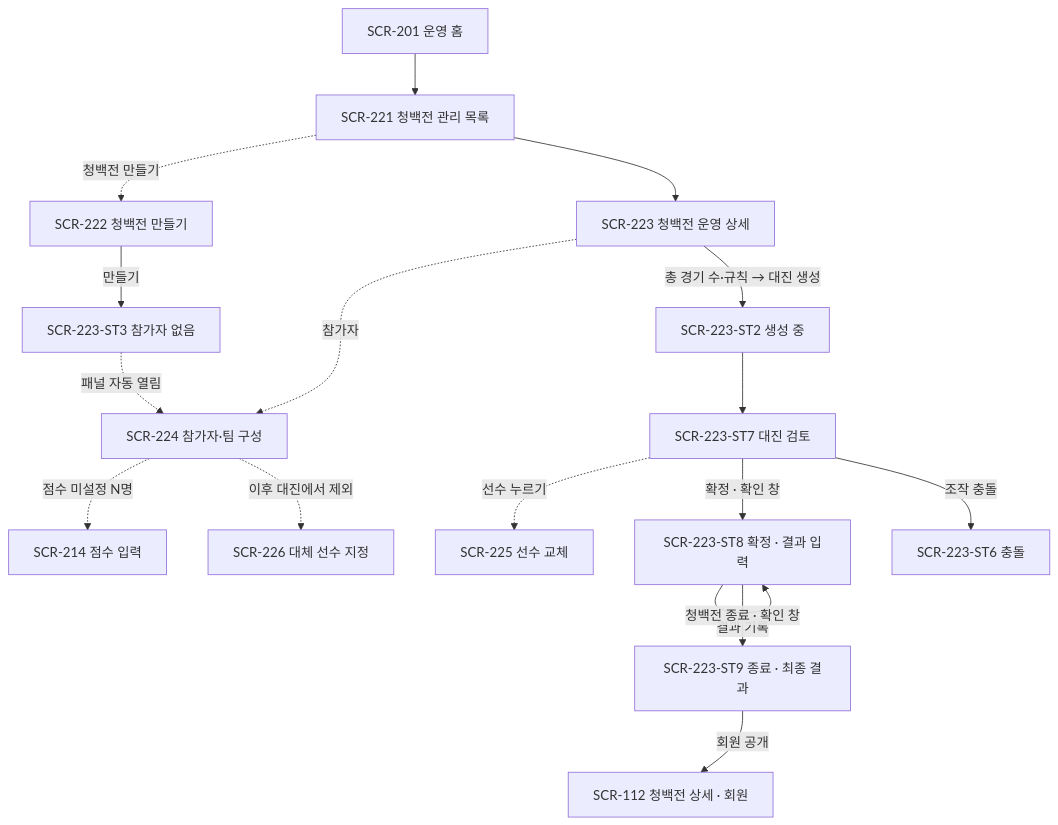
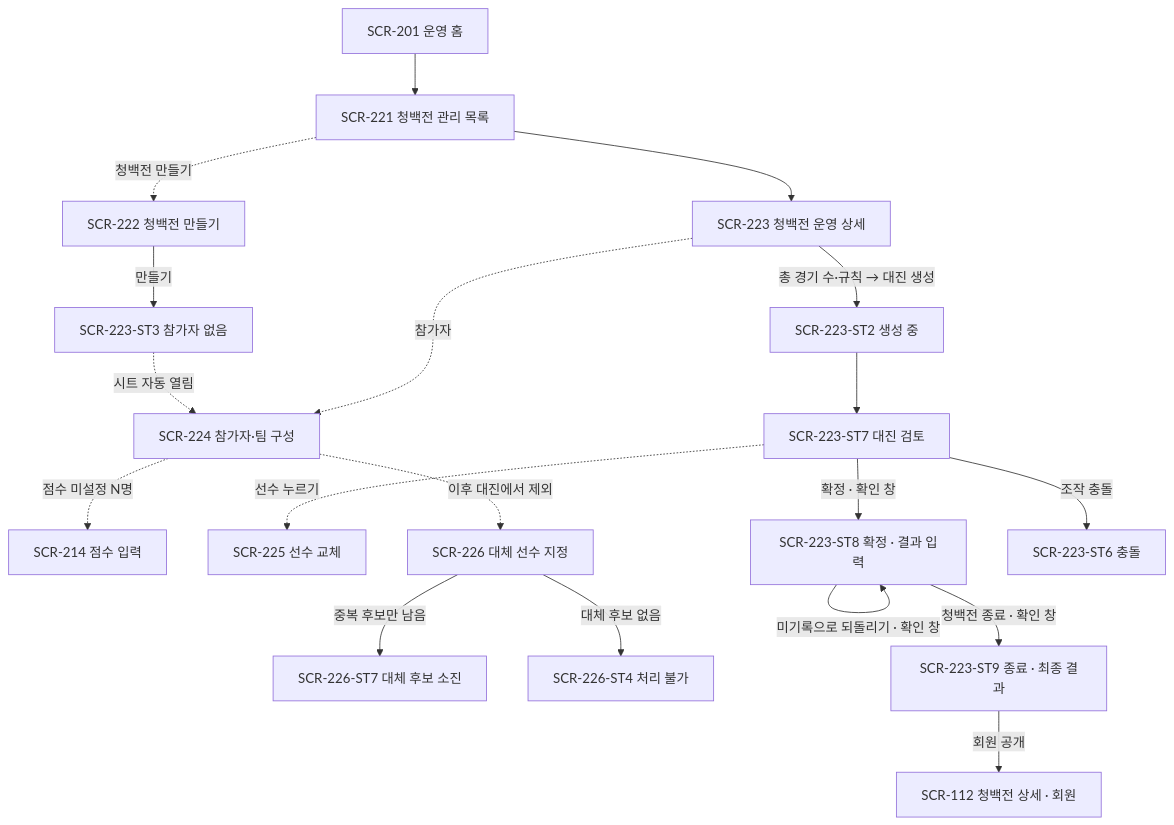
One commit to hoik-ryu/badminton-playbook changed the fifth of 8 diagrams in docs/design/03-screen-flows.md. Above: the diagram before and after it, drawn with Mermaid. The commit also changed other lines of this file and 68 other files, not shown here.

````diff
--- a/docs/design/03-screen-flows.md
+++ b/docs/design/03-screen-flows.md
@@ -153,19 +155,22 @@
 ```mermaid
 flowchart TD
   SCR201[SCR-201 운영 홈] --> SCR221[SCR-221 청백전 관리 목록]
   SCR221 -.->|청백전 만들기| SCR222[SCR-222 청백전 만들기]
   SCR222 -->|만들기| SCR223E[SCR-223-ST3 참가자 없음]
   SCR221 --> SCR223[SCR-223 청백전 운영 상세]
-  SCR223E -.->|패널 자동 열림| SCR224[SCR-224 참가자·팀 구성]
+  SCR223E -.->|시트 자동 열림| SCR224[SCR-224 참가자·팀 구성]
   SCR223 -.->|참가자| SCR224
   SCR224 -.->|점수 미설정 N명| SCR214[SCR-214 점수 입력]
   SCR223 -->|총 경기 수·규칙 → 대진 생성| SCR223L[SCR-223-ST2 생성 중]
   SCR223L --> SCR223R[SCR-223-ST7 대진 검토]
   SCR223R -.->|선수 누르기| SCR225[SCR-225 선수 교체]
   SCR223R -->|확정 · 확인 창| SCR223P[SCR-223-ST8 확정 · 결과 입력]
   SCR223P -->|결과 기록| SCR223P
+  SCR223P -->|미기록으로 되돌리기 · 확인 창| SCR223P
   SCR224 -.->|이후 대진에서 제외| SCR226[SCR-226 대체 선수 지정]
+  SCR226 -->|중복 후보만 남음| SCR226X[SCR-226-ST7 대체 후보 소진]
+  SCR226 -->|대체 후보 없음| SCR226E[SCR-226-ST4 처리 불가]
   SCR223P -->|청백전 종료 · 확인 창| SCR223Z[SCR-223-ST9 종료 · 최종 결과]
   SCR223R -->|조작 충돌| SCR223C[SCR-223-ST6 충돌]
   SCR223Z -->|회원 공개| SCR112[SCR-112 청백전 상세 · 회원]
 ```
````
